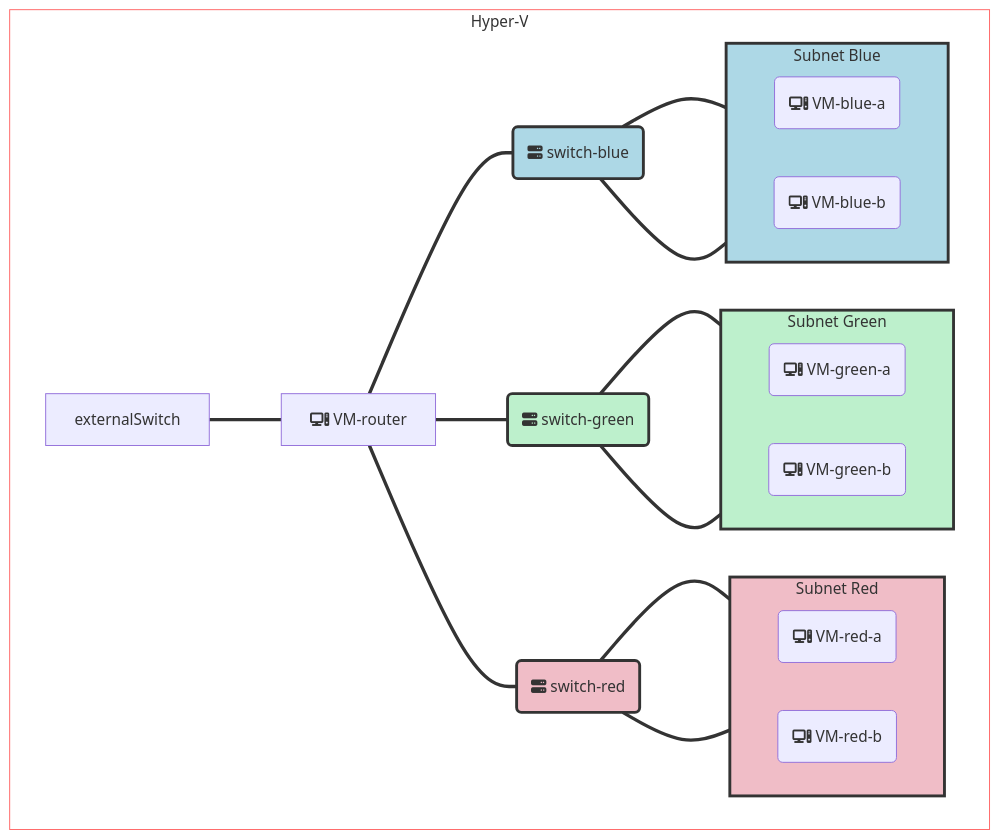
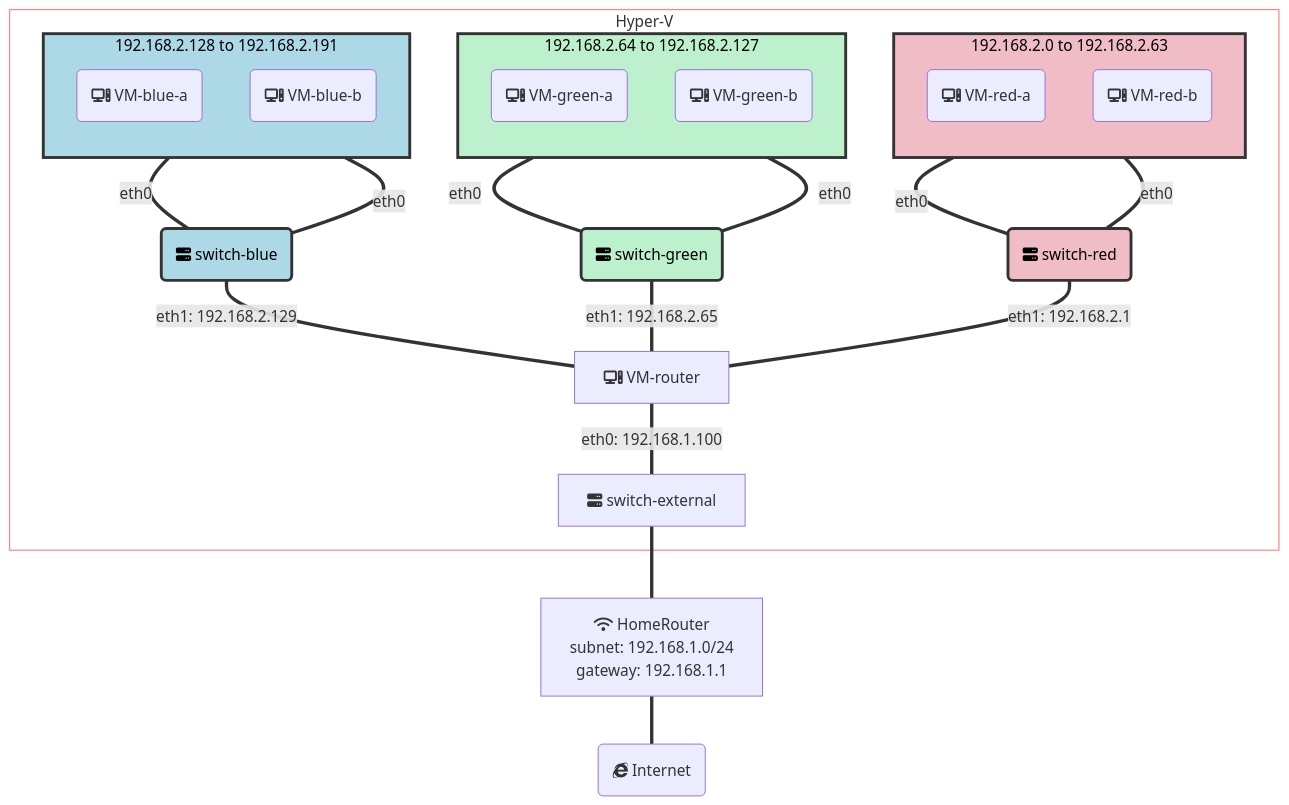
Before and after one commit to AleksandrGontcharov/ag-tech-mentorship: the diagram in docs/specialized-topics/networking/progress.md, drawn with Mermaid. The commit also changed other lines of this file and 3 other files, not shown here.

````diff
--- a/docs/specialized-topics/networking/progress.md
+++ b/docs/specialized-topics/networking/progress.md
@@ -35,50 +35,57 @@
 ```mermaid
-graph TB
+graph BT
+    Internet(fab:fa-internet-explorer Internet) === HomeRouter[fa:fa-wifi HomeRouter </br> subnet: 192.168.1.0/24 </br> gateway: 192.168.1.1]
+    HomeRouter === externalSwitch[fa:fa-server switch-external]
     hyper-V:::whiteClass
     classDef whiteClass fill:#0000,stroke:#f66,stroke-width:1px
     subgraph hyper-V["Hyper-V"]
-        externalSwitch === VMrouter[fa:fa-computer VM-router]
-        VMrouter === Switch-green:::greenClass
-        VMrouter === Switch-red:::redClass
-        VMrouter === Switch-blue:::blueClass
-        classDef greenClass fill:#bdf0cc,stroke:#333,stroke-width:3px
-        classDef greenClassDashed fill:#bdf0cc,stroke:#333,stroke-width:2px, stroke-dasharray: 4 3
-        classDef redClass  fill:#f0bdc7,stroke:#333,stroke-width:3px
-        classDef redClassDashed  fill:#f0bdc7,stroke:#333,stroke-width:2px, stroke-dasharray: 4 3
-        classDef blueClass  fill:lightblue,stroke:#333,stroke-width:3px
-        classDef blueClassDashed  fill:lightblue,stroke:#333,stroke-width:2px, stroke-dasharray: 4 3
+        externalSwitch === |eth0: 192.168.1.100| VMrouter[fa:fa-computer VM-router]
+        VMrouter === |eth1: 192.168.2.1| Switch-red:::redClass
+        VMrouter === |eth1: 192.168.2.65| Switch-green:::greenClass
+        VMrouter === |eth1: 192.168.2.129| Switch-blue:::blueClass
 
+        %% RED SUBNET
 
+        Switch-red(fa:fa-server switch-red)
+        Switch-red === |eth0| VM-red-a
+        Switch-red === |eth0| VM-red-b
         subnet-red:::redClass
-        subnet-green:::greenClass
-        subnet-blue:::blueClass
-        Switch-red(fa:fa-server switch-red)
-        Switch-red === VM-red-a
-        Switch-red === VM-red-b
-
-        subgraph subnet-red["Subnet Red"]
-            direction LR
+        subgraph subnet-red["192.168.2.0 to 192.168.2.63"]
+            direction TB
             VM-red-a(fa:fa-computer VM-red-a)
             VM-red-b(fa:fa-computer VM-red-b)
         end
 
+        %% GREEN SUBNET
+
         Switch-green(fa:fa-server switch-green)
-        Switch-green === VM-green-a
-        Switch-green === VM-green-b
-
-        subgraph subnet-green["Subnet Green"]
-            direction LR
+        Switch-green === |eth0| VM-green-a
+        Switch-green === |eth0| VM-green-b
+        subnet-green:::greenClass
+        subgraph subnet-green["192.168.2.64 to 192.168.2.127"]
+            direction TB
             VM-green-a(fa:fa-computer VM-green-a)
             VM-green-b(fa:fa-computer VM-green-b)
         end
 
+        
+        %% BLUE SUBNET
+
         Switch-blue(fa:fa-server switch-blue)
-        Switch-blue === VM-blue-a
-        Switch-blue === VM-blue-b
-        subgraph subnet-blue["Subnet Blue"]
-            direction LR
+        Switch-blue === |eth0| VM-blue-a
+        Switch-blue === |eth0| VM-blue-b
+        subnet-blue:::blueClass
+        subgraph subnet-blue["192.168.2.128 to 192.168.2.191"]
+            direction TB
             VM-blue-a(fa:fa-computer VM-blue-a)
             VM-blue-b(fa:fa-computer VM-blue-b)
         end
-    end
+
+        classDef greenClass fill:#bdf0cc,stroke:#333,stroke-width:3px, color: black;
+        classDef greenClassDashed fill:#bdf0cc,stroke:#333,stroke-width:2px, stroke-dasharray: 4 3, color: black;
+        classDef redClass  fill:#f0bdc7,stroke:#333,stroke-width:3px, color: black;
+        classDef redClassDashed  fill:#f0bdc7,stroke:#333,stroke-width:2px, stroke-dasharray: 4 3, color: black;
+        classDef blueClass  fill:lightblue,stroke:#333,stroke-width:3px, color: black;
+        classDef blueClassDashed  fill:lightblue,stroke:#333,stroke-width:2px, stroke-dasharray: 4 3, color: black;
+end
 ```
````
